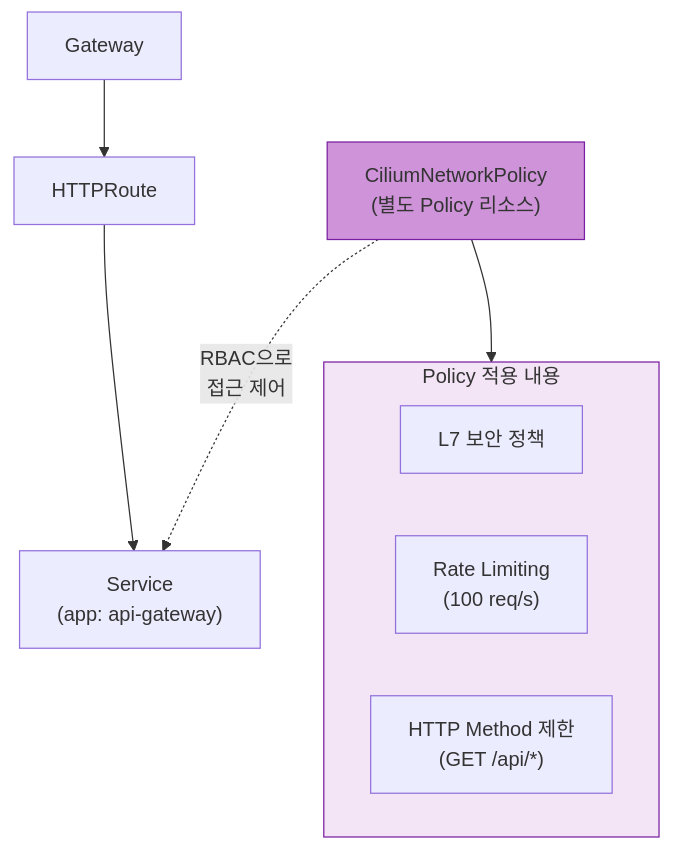
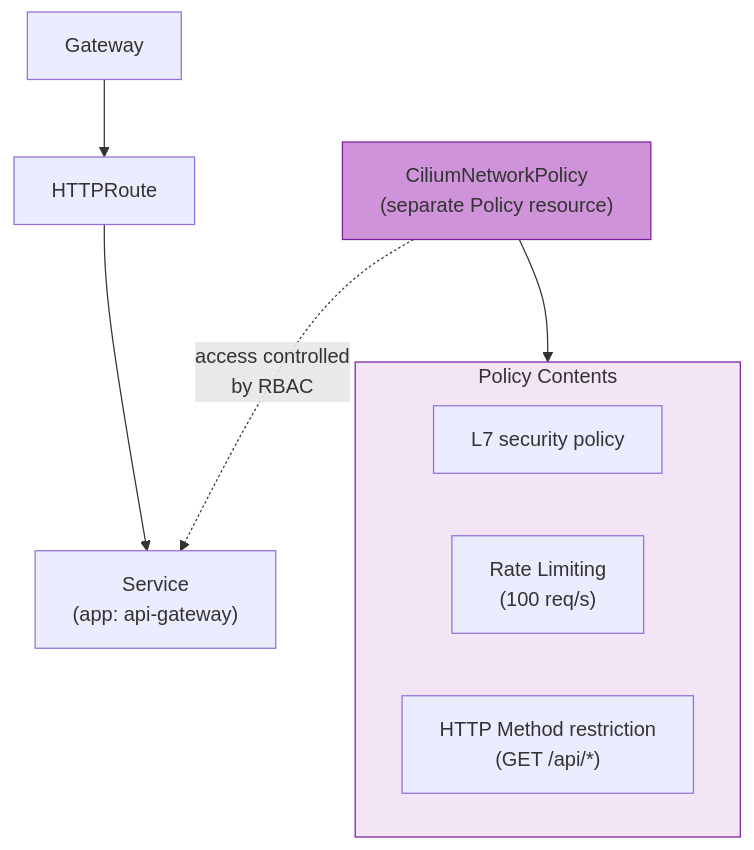
One commit to devfloor9/engineering-playbook changed the fifth of 7 diagrams in docs/eks-best-practices/networking-performance/gateway-api-adoption-guide/index.md. Above: the diagram before and after it, drawn with Mermaid. The commit also changed other lines of this file and 954 other files, not shown here.

````diff
--- a/docs/eks-best-practices/networking-performance/gateway-api-adoption-guide/index.md
+++ b/docs/eks-best-practices/networking-performance/gateway-api-adoption-guide/index.md
@@ -335,20 +335,20 @@
 ```mermaid
 flowchart TB
     gw["Gateway"] --> hr["HTTPRoute"]
     hr --> svc["Service<br/>(app: api-gateway)"]
 
-    policy["CiliumNetworkPolicy<br/>(별도 Policy 리소스)"]
-    policy -.->|"RBAC으로<br/>접근 제어"| svc
+    policy["CiliumNetworkPolicy<br/>(separate Policy resource)"]
+    policy -.->|"access controlled<br/>by RBAC"| svc
 
-    subgraph policy_detail["Policy 적용 내용"]
+    subgraph policy_detail["Policy Contents"]
         direction LR
-        l7["L7 보안 정책"]
+        l7["L7 security policy"]
         rate["Rate Limiting<br/>(100 req/s)"]
-        method["HTTP Method 제한<br/>(GET /api/*)"]
+        method["HTTP Method restriction<br/>(GET /api/*)"]
     end
 
     policy --> policy_detail
 
     style policy fill:#ce93d8,stroke:#7b1fa2
     style policy_detail fill:#f3e5f5,stroke:#7b1fa2
 ```
````
